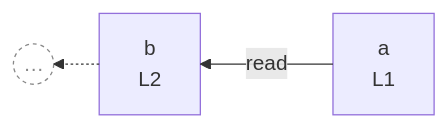
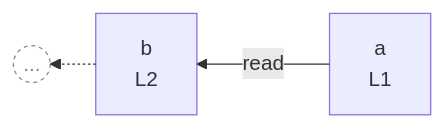
Before and after one commit to crescware/unsnarl: the diagram in integration/fixtures/const-chain-five/preview.pruned-a-c1.md, drawn with Mermaid. The commit also changed 21 other files, not shown here.

First line of the commit message:
feat(prune): expand line/range queries through references; survive large graphs

````diff
--- a/integration/fixtures/const-chain-five/preview.pruned-a-c1.md
+++ b/integration/fixtures/const-chain-five/preview.pruned-a-c1.md
@@ -21,12 +21,12 @@
 ```mermaid
 %%{init: {"flowchart": {"defaultRenderer": "elk"}}}%%
 flowchart RL
-  %% pruning: roots=[a(1)] ancestors=1 descendants=1
+  %% pruning roots a=1 ancestors=1 descendants=1
   n_scope_0_a_6["a<br/>L1"]
   n_scope_0_b_19["b<br/>L2"]
   n_scope_0_a_6 -->|read| n_scope_0_b_19
-  boundary_stub_1((…))
+  boundary_stub_1((...))
   n_scope_0_b_19 -.-> boundary_stub_1
   classDef boundaryStub fill:transparent,stroke:#888,stroke-dasharray:3 3,color:#888;
   class boundary_stub_1 boundaryStub;
 ```
````
